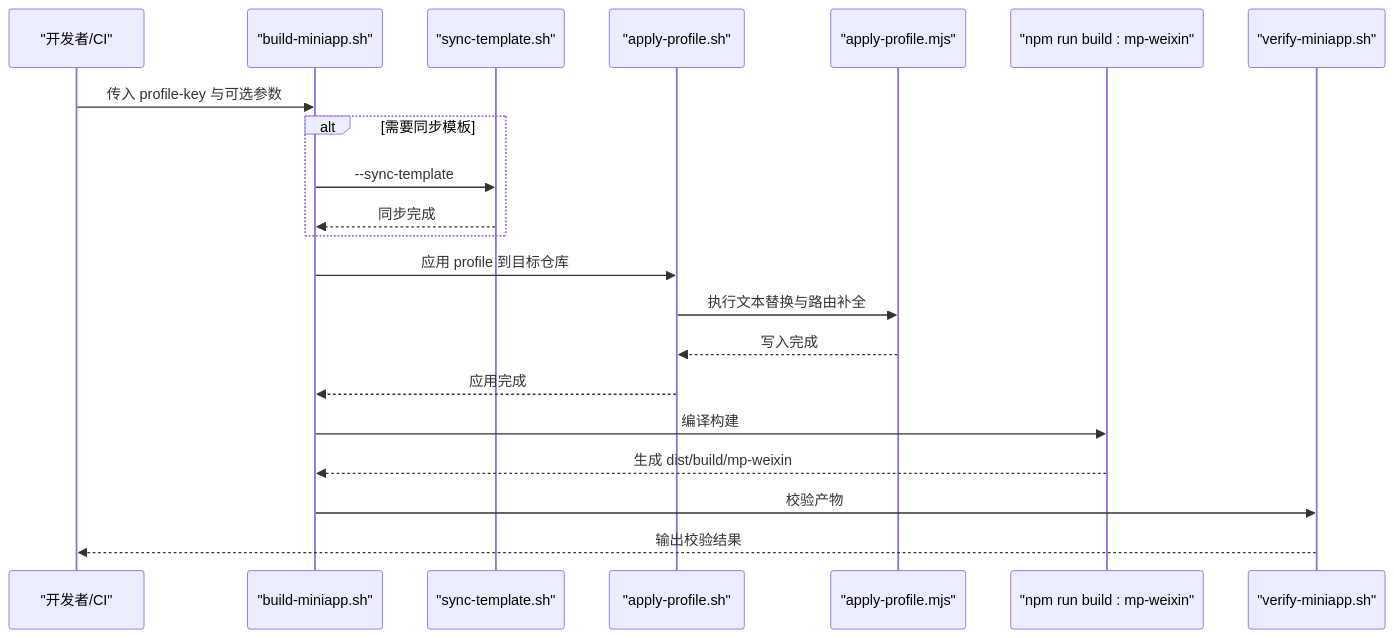
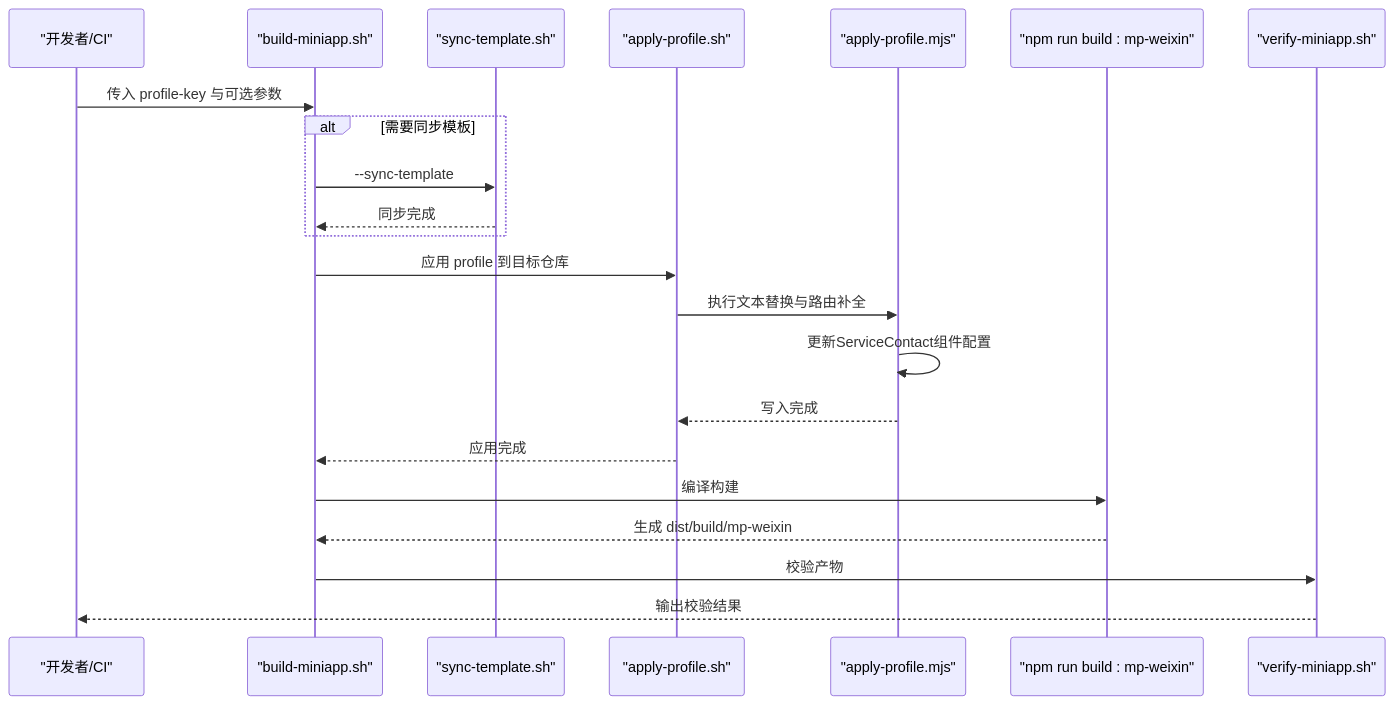
Before and after one commit to crazyma99/blueberry: the second of 4 diagrams in .qoder/repowiki/zh/content/构建与部署/构建与部署.md, drawn with Mermaid. The commit also changed other lines of this file and 11 other files, not shown here.

````diff
--- a/.qoder/repowiki/zh/content/构建与部署/构建与部署.md
+++ b/.qoder/repowiki/zh/content/构建与部署/构建与部署.md
@@ -136,23 +154,24 @@
 ```mermaid
 sequenceDiagram
 participant Dev as "开发者/CI"
 participant Build as "build-miniapp.sh"
 participant Sync as "sync-template.sh"
 participant Apply as "apply-profile.sh"
 participant MJS as "apply-profile.mjs"
 participant NPM as "npm run build : mp-weixin"
 participant Verify as "verify-miniapp.sh"
 Dev->>Build : 传入 profile-key 与可选参数
 alt 需要同步模板
 Build->>Sync : --sync-template
 Sync-->>Build : 同步完成
 end
 Build->>Apply : 应用 profile 到目标仓库
 Apply->>MJS : 执行文本替换与路由补全
+MJS->>MJS : 更新ServiceContact组件配置
 MJS-->>Apply : 写入完成
 Apply-->>Build : 应用完成
 Build->>NPM : 编译构建
 NPM-->>Build : 生成 dist/build/mp-weixin
 Build->>Verify : 校验产物
 Verify-->>Dev : 输出校验结果
 ```
````
